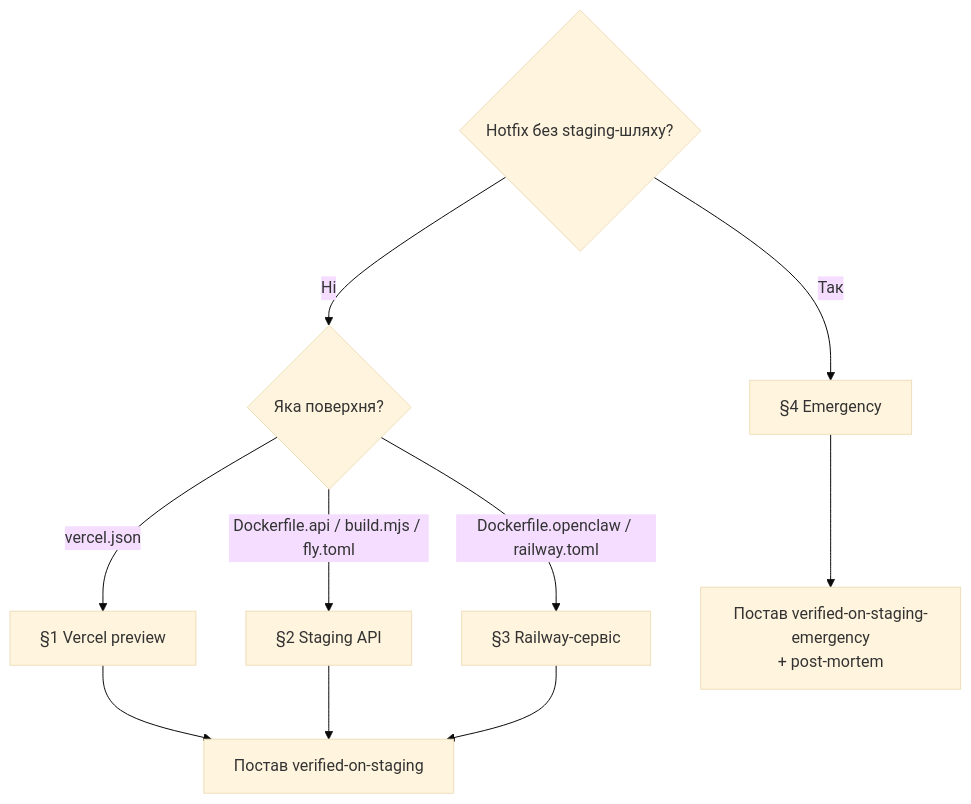
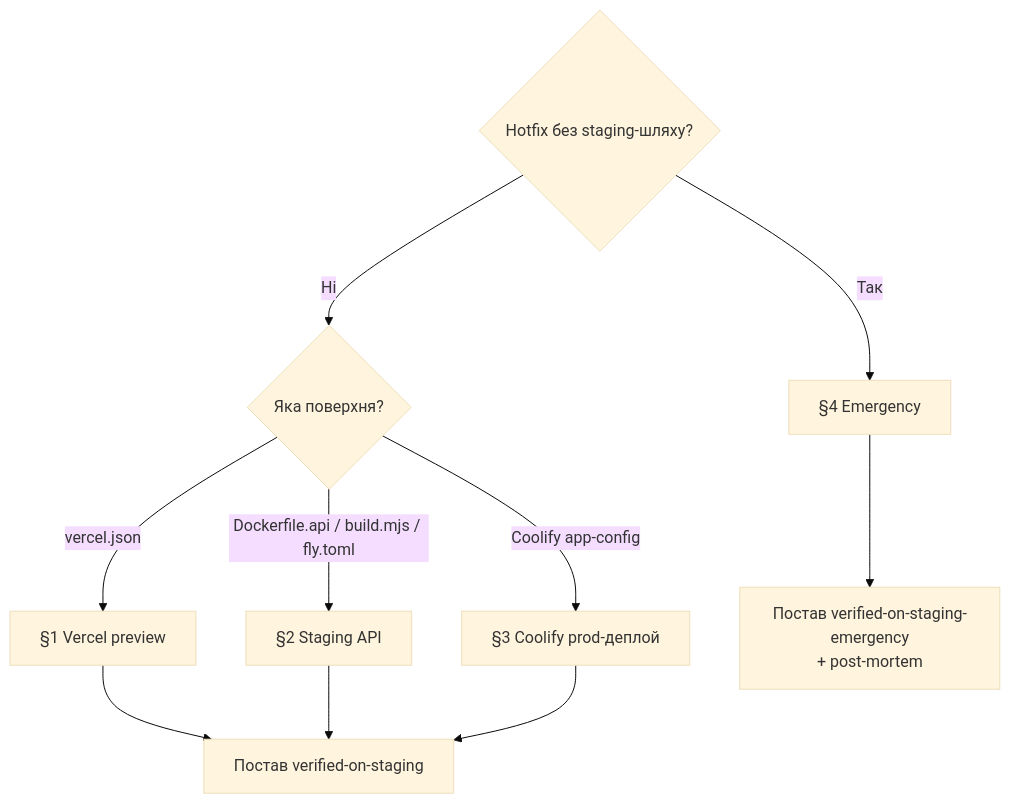
Before and after one commit to SkOrDs-02/sergeant: the diagram in docs/00-start/playbooks/deploy-config-change.md, drawn with Mermaid (base theme). The commit also changed other lines of this file and 7 other files, not shown here.

````diff
--- a/docs/00-start/playbooks/deploy-config-change.md
+++ b/docs/00-start/playbooks/deploy-config-change.md
@@ -41,15 +41,15 @@
 ```mermaid
 flowchart TD
     Q1{"Hotfix без staging-шляху?"}
     Q1 -- "Ні" --> Q2{"Яка поверхня?"}
     Q1 -- "Так" --> EMERG["§4 Emergency"]
 
     Q2 -- "vercel.json" --> WEB["§1 Vercel preview"]
     Q2 -- "Dockerfile.api / build.mjs / fly.toml" --> API["§2 Staging API"]
-    Q2 -- "Dockerfile.openclaw / railway.toml" --> RAILWAY["§3 Railway-сервіс"]
+    Q2 -- "Coolify app-config" --> COOLIFY["§3 Coolify prod-деплой"]
 
     WEB --> LABEL["Постав verified-on-staging"]
     API --> LABEL
-    RAILWAY --> LABEL
+    COOLIFY --> LABEL
     EMERG --> LABEL_E["Постав verified-on-staging-emergency<br/>+ post-mortem"]
 ```
````
